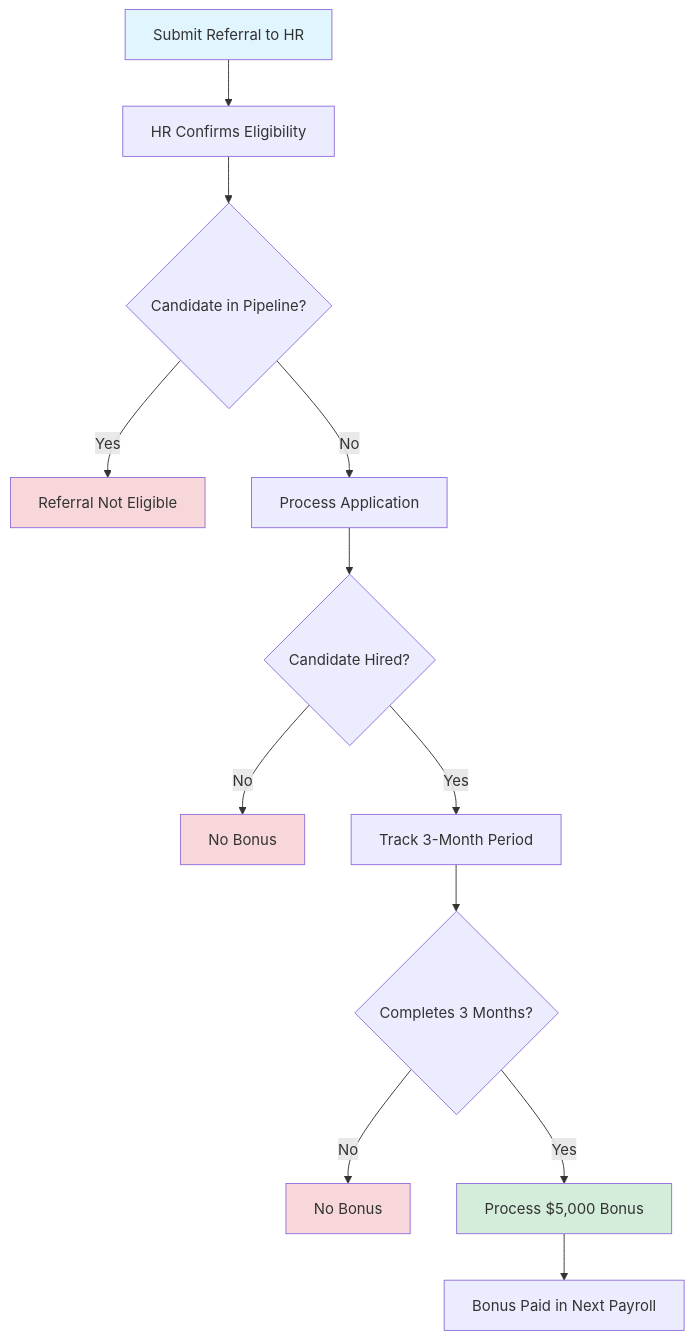
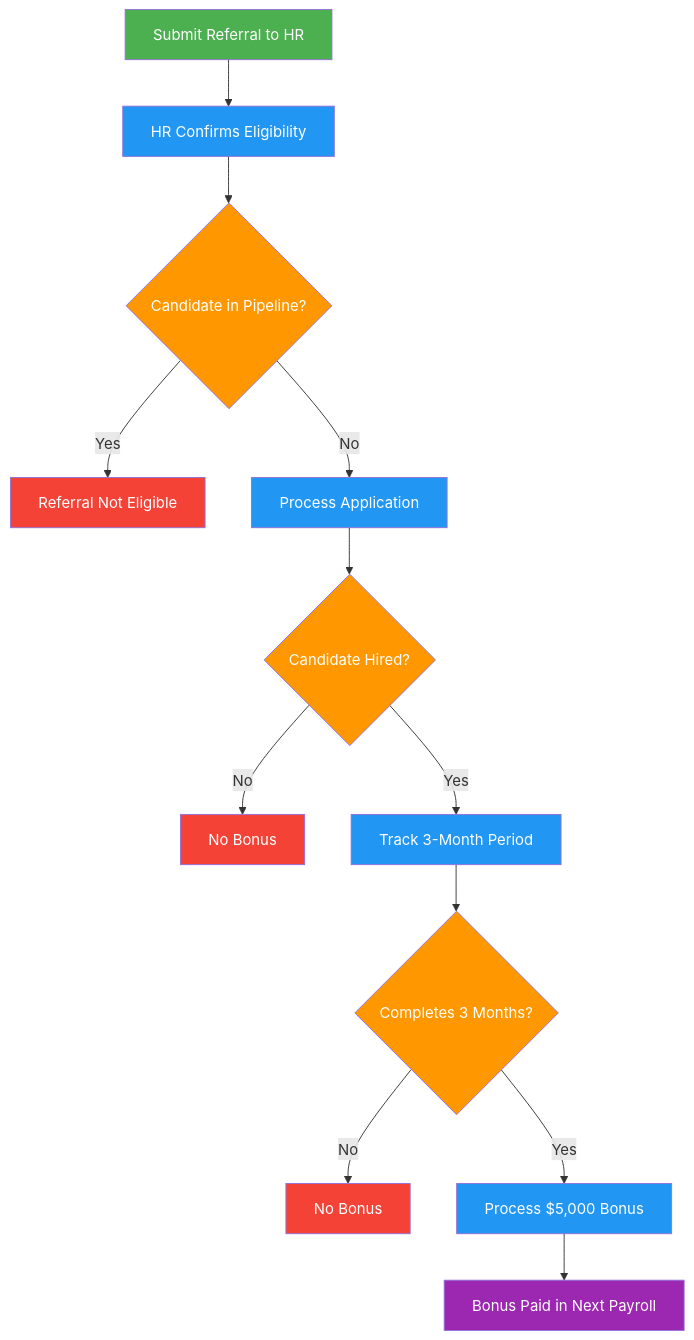
The diagram in docs/en/finance/referral-bonus.md (ultralytics/handbook), drawn with Mermaid before and after one commit. The commit also changed 16 other files, not shown here.

Commit message:
Standardize Mermaid diagram colors (#302)

````diff
--- a/docs/en/finance/referral-bonus.md
+++ b/docs/en/finance/referral-bonus.md
@@ -63,20 +63,20 @@
 ```mermaid
 graph TD
-    A[Submit Referral to HR] --> B[HR Confirms Eligibility]
-    B --> C{Candidate in Pipeline?}
-    C -->|Yes| D[Referral Not Eligible]
-    C -->|No| E[Process Application]
-    E --> F{Candidate Hired?}
-    F -->|No| G[No Bonus]
-    F -->|Yes| H[Track 3-Month Period]
-    H --> I{Completes 3 Months?}
-    I -->|No| J[No Bonus]
-    I -->|Yes| K[Process $5,000 Bonus]
-    K --> L[Bonus Paid in Next Payroll]
+    A[Submit Referral to HR]:::start --> B[HR Confirms Eligibility]:::proc
+    B --> C{Candidate in Pipeline?}:::decide
+    C -->|Yes| D[Referral Not Eligible]:::error
+    C -->|No| E[Process Application]:::proc
+    E --> F{Candidate Hired?}:::decide
+    F -->|No| G[No Bonus]:::error
+    F -->|Yes| H[Track 3-Month Period]:::proc
+    H --> I{Completes 3 Months?}:::decide
+    I -->|No| J[No Bonus]:::error
+    I -->|Yes| K[Process $5,000 Bonus]:::proc
+    K --> L[Bonus Paid in Next Payroll]:::out
 
-    style A fill:#e1f5ff
-    style K fill:#d4edda
-    style D fill:#f8d7da
-    style G fill:#f8d7da
-    style J fill:#f8d7da
+    classDef start fill:#4CAF50,color:#fff
+    classDef proc fill:#2196F3,color:#fff
+    classDef decide fill:#FF9800,color:#fff
+    classDef out fill:#9C27B0,color:#fff
+    classDef error fill:#F44336,color:#fff
 ```
````
